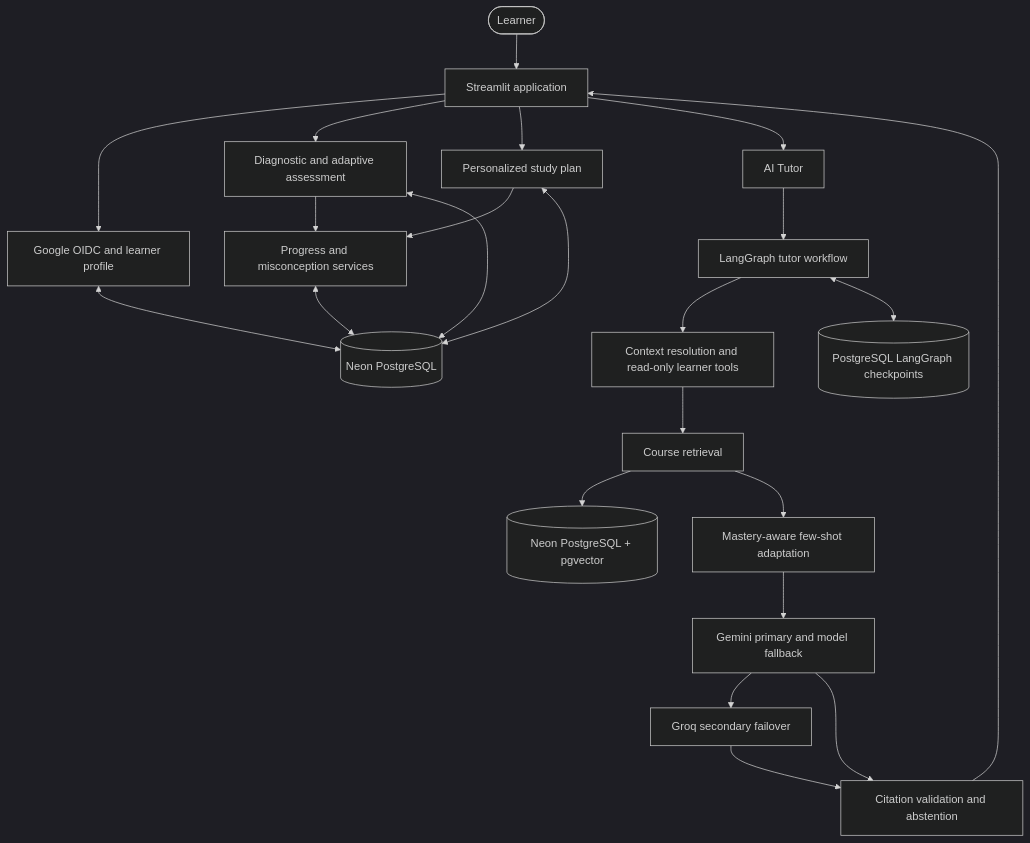
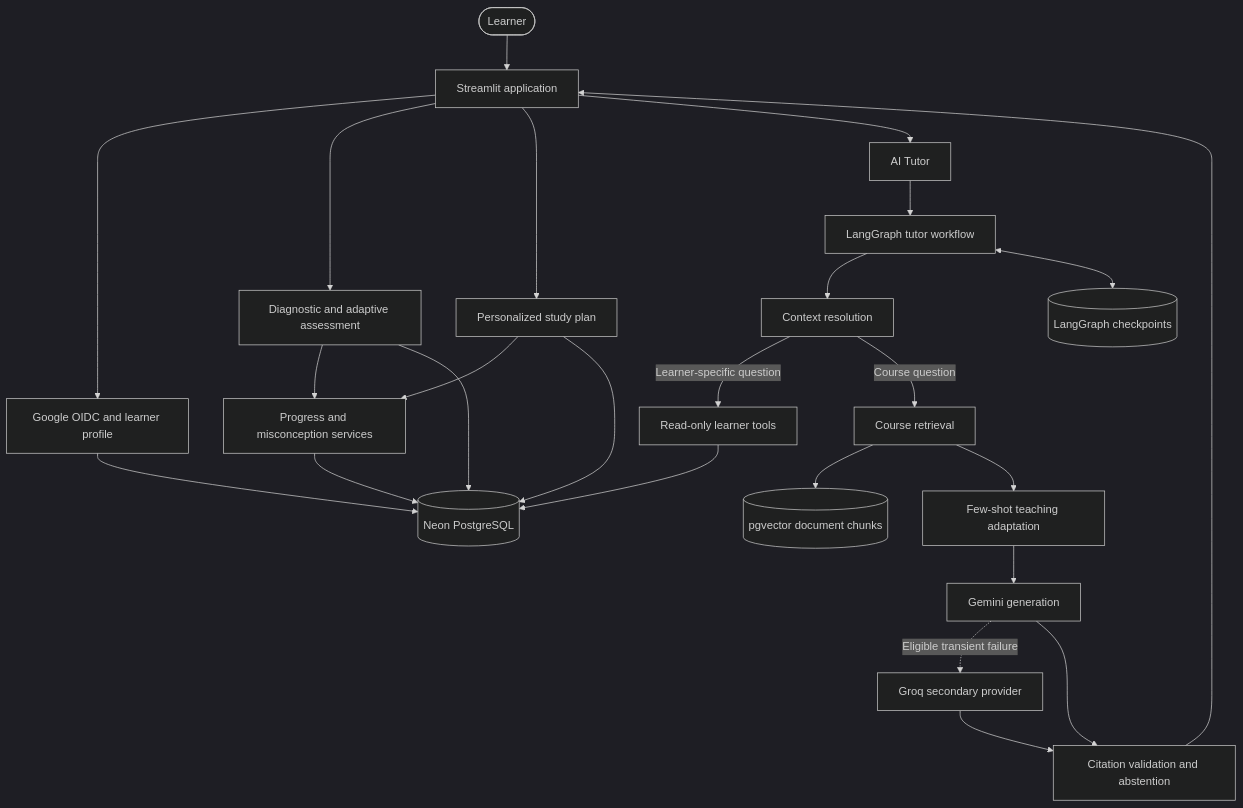
One commit to ManikantaPerla07/EduPath changed the diagram in README.md. Above: the diagram before and after it, drawn with Mermaid (dark theme). The commit also changed other lines of this file, not shown here.

````diff
--- a/README.md
+++ b/README.md
@@ -82,25 +143,29 @@
-```mermaid
+~~~mermaid
 flowchart TD
     Learner([Learner]) --> UI[Streamlit application]
-    UI --> Profile[Google OIDC and learner profile]
+    UI --> Auth[Google OIDC and learner profile]
     UI --> Assess[Diagnostic and adaptive assessment]
     UI --> Plan[Personalized study plan]
     UI --> Tutor[AI Tutor]
     Assess --> Progress[Progress and misconception services]
     Plan --> Progress
+
     Tutor --> Graph[LangGraph tutor workflow]
-    Graph --> Context[Context resolution and read-only learner tools]
-    Context --> Retrieval[Course retrieval]
-    Retrieval --> Vector[(Neon PostgreSQL + pgvector)]
-    Retrieval --> Adapt[Mastery-aware few-shot adaptation]
-    Adapt --> Models[Gemini primary and model fallback]
-    Models --> Groq[Groq secondary failover]
-    Models --> Validate[Citation validation and abstention]
-    Groq --> Validate
-    Validate --> UI
-    Profile <--> DB[(Neon PostgreSQL)]
-    Assess <--> DB
-    Plan <--> DB
-    Progress <--> DB
-    Graph <--> Checkpoints[(PostgreSQL LangGraph checkpoints)]
-```
+    Graph --> Context[Context resolution]
+    Context -->|Learner-specific question| Tools[Read-only learner tools]
+    Tools --> DB[(Neon PostgreSQL)]
+    Context -->|Course question| Retrieval[Course retrieval]
+    Retrieval --> Vector[(pgvector document chunks)]
+    Retrieval --> Adapt[Few-shot teaching adaptation]
+    Adapt --> Gemini[Gemini generation]
+    Gemini -.->|Eligible transient failure| Groq[Groq secondary provider]
+    Gemini --> Guard[Citation validation and abstention]
+    Groq --> Guard
+    Guard --> UI
+
+    Auth --> DB
+    Assess --> DB
+    Plan --> DB
+    Progress --> DB
+    Graph <--> Checkpoints[(LangGraph checkpoints)]
+~~~
````
